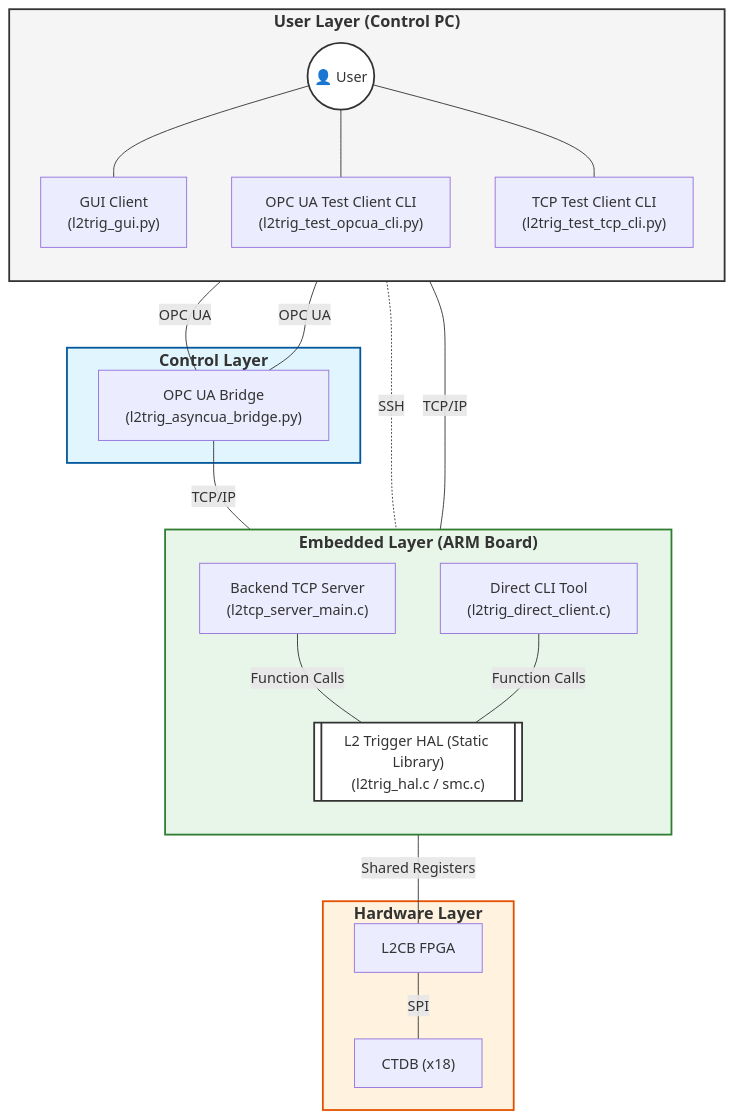
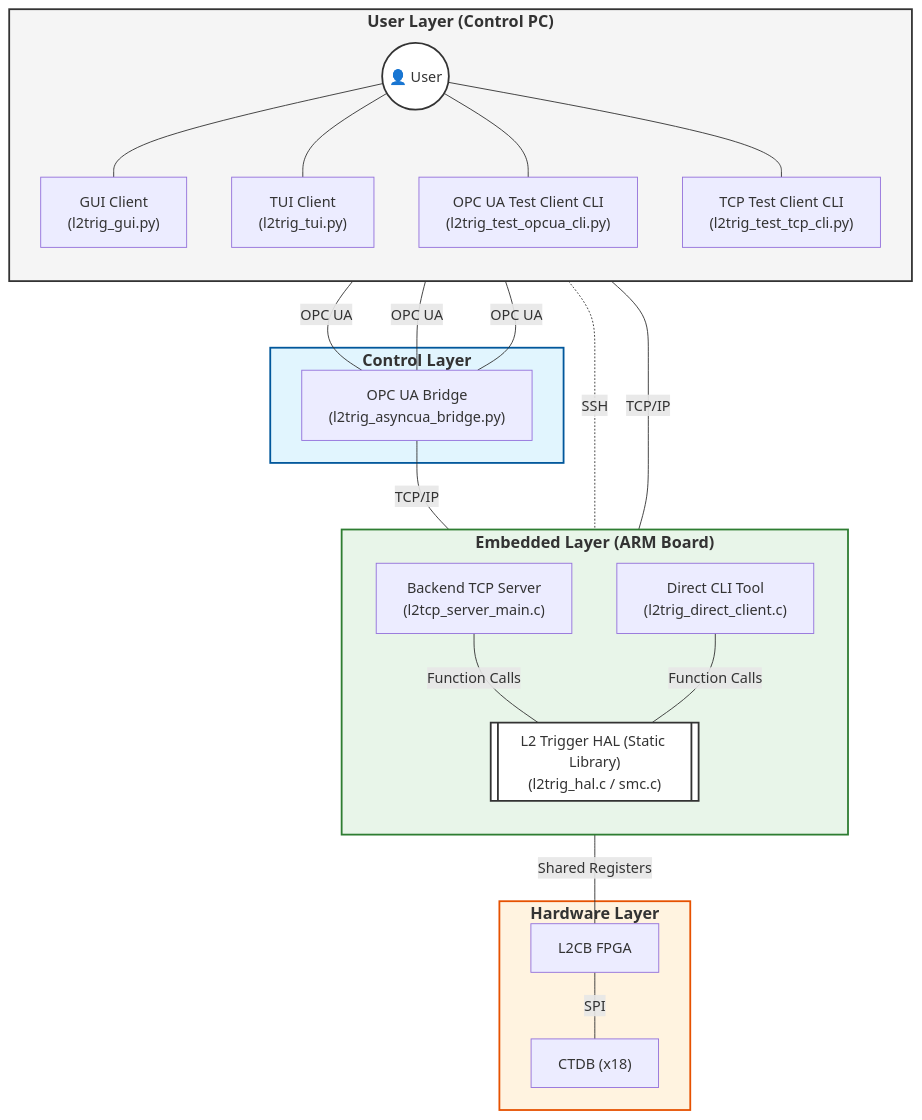
One commit to sfegan/nectarcam_dtc_opcua changed the diagram in README.md. Above: the diagram before and after it, drawn with Mermaid. The commit also changed other lines of this file, not shown here.

````diff
--- a/README.md
+++ b/README.md
@@ -241,55 +254,58 @@
 ```mermaid
 graph TD
     subgraph UserLayer ["<b><font size='4'>User Layer (Control PC)</font></b>"]
         direction TB
         User(("👤 User"))
         GUI["GUI Client<br/>(l2trig_gui.py)"]
+        TUI["TUI Client<br/>(l2trig_tui.py)"]
         OPC_CLI["OPC UA Test Client CLI<br/>(l2trig_test_opcua_cli.py)"]
         TCP_CLI["TCP Test Client CLI<br/>(l2trig_test_tcp_cli.py)"]
         
         %% Internal links
         User --- GUI
+        User --- TUI
         User --- OPC_CLI
         User --- TCP_CLI
     end
 
     subgraph ControlLayer ["<b><font size='4'>Control Layer</font></b>"]
         Bridge["OPC UA Bridge<br/>(l2trig_asyncua_bridge.py)"]
     end
 
     subgraph EmbeddedLayer ["<b><font size='4'>Embedded Layer (ARM Board)</font></b>"]
         direction TB
         Backend["Backend TCP Server<br/>(l2tcp_server_main.c)"]
         DirectCLI["Direct CLI Tool<br/>(l2trig_direct_client.c)"]
         HAL[["L2 Trigger HAL (Static Library)<br/>(l2trig_hal.c / smc.c)"]]
         
         %% Internal links
         Backend ---|Function Calls| HAL
         DirectCLI ---|Function Calls| HAL
     end
 
     subgraph HardwareLayer ["<b><font size='4'>Hardware Layer</font></b>"]
         L2CB["L2CB FPGA"]
         CTDB["CTDB (x18)"]
         
         %% Internal links
         L2CB ---|SPI| CTDB
     end
 
     %% Cross-layer links
     User -.-|SSH| DirectCLI
     GUI ---|OPC UA| Bridge
+    TUI ---|OPC UA| Bridge
     OPC_CLI ---|OPC UA| Bridge
     Bridge ---|TCP/IP| Backend
     TCP_CLI ---|TCP/IP| Backend
     HAL ---|Shared Registers| L2CB
 
     %% Styling
     style UserLayer fill:#f5f5f5,stroke:#333,stroke-width:2px
     style ControlLayer fill:#e1f5fe,stroke:#01579b,stroke-width:2px
     style EmbeddedLayer fill:#e8f5e9,stroke:#2e7d32,stroke-width:2px
     style HardwareLayer fill:#fff3e0,stroke:#e65100,stroke-width:2px
     
     style User fill:#ffffff,stroke:#333,stroke-width:2px
     style HAL fill:#ffffff,stroke:#333,stroke-width:2px
 ```
````
